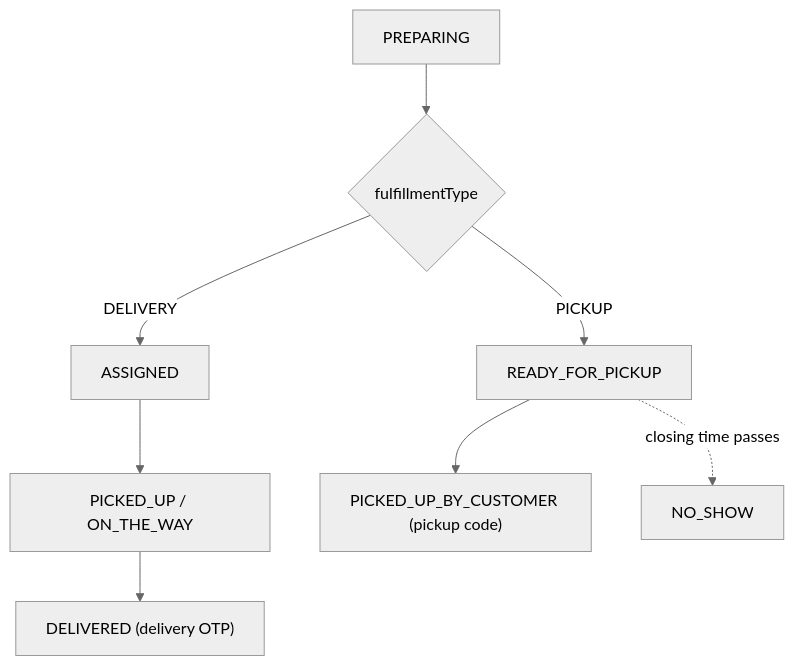
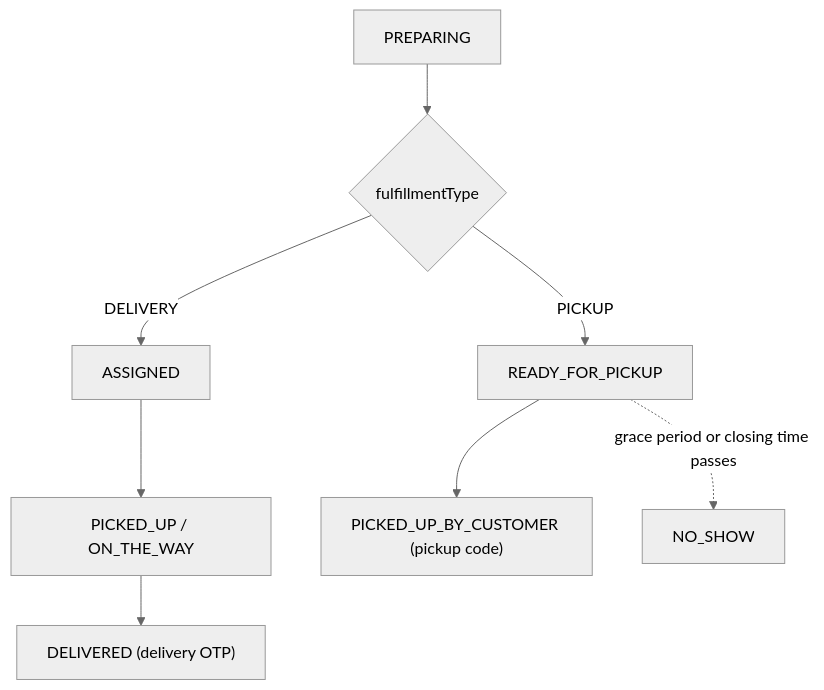
One commit to deligo-pt/deligo-food-backend-docs changed the fifth of 5 diagrams in content/docs/01-introduction/architecture.md. Above: the diagram before and after it, drawn with Mermaid (neutral theme). The commit also changed other lines of this file and 22 other files, not shown here.

````diff
--- a/content/docs/01-introduction/architecture.md
+++ b/content/docs/01-introduction/architecture.md
@@ -282,10 +299,10 @@
 ```mermaid
 flowchart TD
     A[PREPARING] --> B{fulfillmentType}
     B -->|DELIVERY| C[ASSIGNED]
     C --> D["PICKED_UP / ON_THE_WAY"]
     D --> E["DELIVERED (delivery OTP)"]
     B -->|PICKUP| F[READY_FOR_PICKUP]
     F --> G["PICKED_UP_BY_CUSTOMER (pickup code)"]
-    F -.->|closing time passes| H[NO_SHOW]
+    F -.->|"grace period or closing time passes"| H[NO_SHOW]
 ```
````
